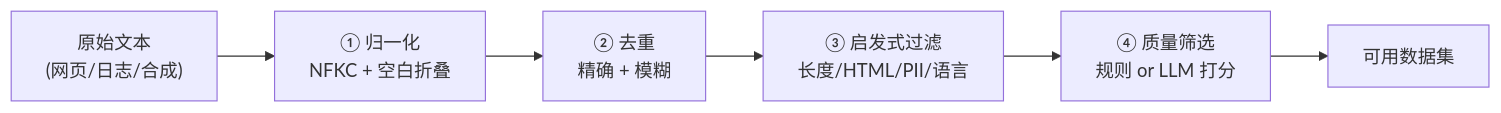
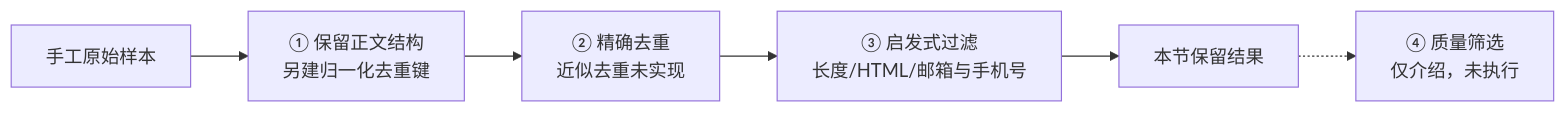
One commit to AI-learning-simple/Build-Your-Own-LLM changed the diagram in 2. Alignment 与训练工程/3.1 数据清洗实战——从原始文本到可用语料.md. Above: the diagram before and after it, drawn with Mermaid. The commit also changed other lines of this file and 27 other files, not shown here.

````diff
--- a/2. Alignment 与训练工程/3.1 数据清洗实战——从原始文本到可用语料.md
+++ b/2. Alignment 与训练工程/3.1 数据清洗实战——从原始文本到可用语料.md
@@ -36,8 +37,8 @@
 ```mermaid
 flowchart LR
-    A["原始文本<br/>(网页/日志/合成)"] --> B["① 归一化<br/>NFKC + 空白折叠"]
-    B --> C["② 去重<br/>精确 + 模糊"]
-    C --> D["③ 启发式过滤<br/>长度/HTML/PII/语言"]
-    D --> E["④ 质量筛选<br/>规则 or LLM 打分"]
-    E --> F["可用数据集"]
+    A["手工原始样本"] --> B["① 保留正文结构<br/>另建归一化去重键"]
+    B --> C["② 精确去重<br/>近似去重未实现"]
+    C --> D["③ 启发式过滤<br/>长度/HTML/邮箱与手机号"]
+    D --> E["本节保留结果"]
+    E -.-> F["④ 质量筛选<br/>仅介绍，未执行"]
 ```
````
